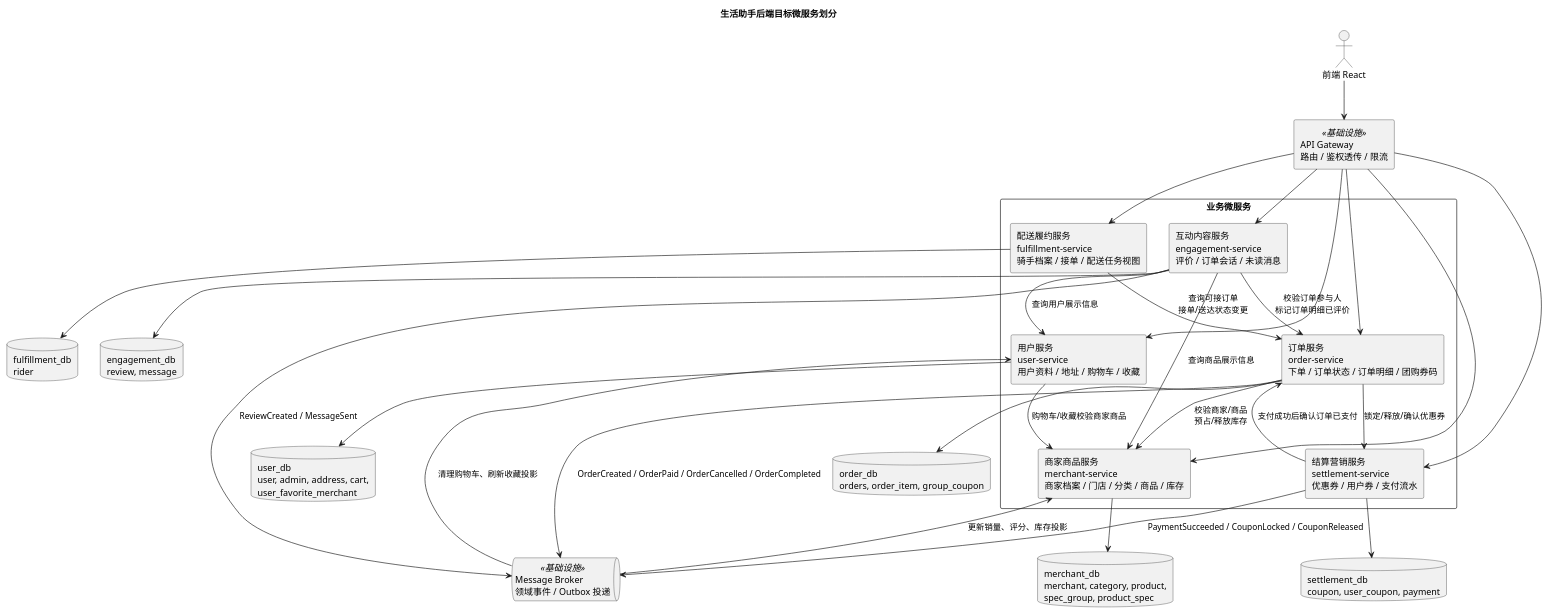
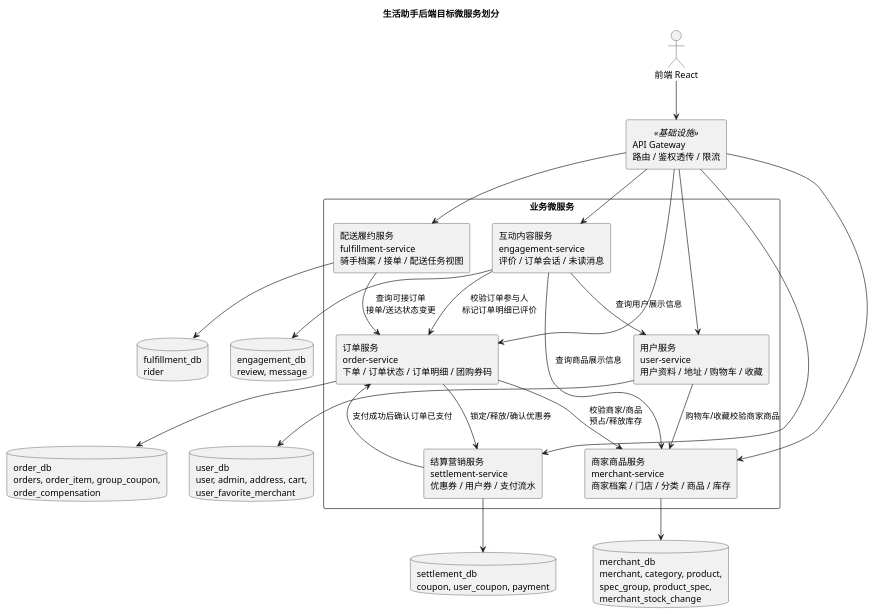
One commit to Aut-172/BUAA_Summer_Aut_172 changed the diagram in 微服务划分与数据库归属.md. Above: the diagram before and after it, drawn with PlantUML. The commit also changed other lines of this file and 6 other files, not shown here.

````diff
--- a/微服务划分与数据库归属.md
+++ b/微服务划分与数据库归属.md
@@ -34,60 +38,53 @@
 ```plantuml
 @startuml
 title 生活助手后端目标微服务划分
 
 skinparam componentStyle rectangle
 skinparam shadowing false
 skinparam packageStyle rectangle
 
 actor "前端 React" as FE
 component "API Gateway\n路由 / 鉴权透传 / 限流" as GW <<基础设施>>
-queue "Message Broker\n领域事件 / Outbox 投递" as MQ <<基础设施>>
 
 package "业务微服务" {
   component "用户服务\nuser-service\n用户资料 / 地址 / 购物车 / 收藏" as UserSvc
   component "商家商品服务\nmerchant-service\n商家档案 / 门店 / 分类 / 商品 / 库存" as MerchantSvc
   component "订单服务\norder-service\n下单 / 订单状态 / 订单明细 / 团购券码" as OrderSvc
   component "结算营销服务\nsettlement-service\n优惠券 / 用户券 / 支付流水" as SettlementSvc
   component "配送履约服务\nfulfillment-service\n骑手档案 / 接单 / 配送任务视图" as FulfillmentSvc
   component "互动内容服务\nengagement-service\n评价 / 订单会话 / 未读消息" as EngagementSvc
 }
 
 database "user_db\nuser, admin, address, cart,\nuser_favorite_merchant" as UserDb
-database "merchant_db\nmerchant, category, product,\nspec_group, product_spec" as MerchantDb
-database "order_db\norders, order_item, group_coupon" as OrderDb
+database "merchant_db\nmerchant, category, product,\nspec_group, product_spec,\nmerchant_stock_change" as MerchantDb
+database "order_db\norders, order_item, group_coupon,\norder_compensation" as OrderDb
 database "settlement_db\ncoupon, user_coupon, payment" as SettlementDb
 database "fulfillment_db\nrider" as FulfillmentDb
 database "engagement_db\nreview, message" as EngagementDb
 
 FE --> GW
 GW --> UserSvc
 GW --> MerchantSvc
 GW --> OrderSvc
 GW --> SettlementSvc
 GW --> FulfillmentSvc
 GW --> EngagementSvc
 
 UserSvc --> UserDb
 MerchantSvc --> MerchantDb
 OrderSvc --> OrderDb
 SettlementSvc --> SettlementDb
 FulfillmentSvc --> FulfillmentDb
 EngagementSvc --> EngagementDb
 
 OrderSvc --> MerchantSvc : 校验商家/商品\n预占/释放库存
 OrderSvc --> SettlementSvc : 锁定/释放/确认优惠券
 SettlementSvc --> OrderSvc : 支付成功后确认订单已支付
 FulfillmentSvc --> OrderSvc : 查询可接订单\n接单/送达状态变更
 EngagementSvc --> OrderSvc : 校验订单参与人\n标记订单明细已评价
 EngagementSvc --> UserSvc : 查询用户展示信息
 EngagementSvc --> MerchantSvc : 查询商品展示信息
 UserSvc --> MerchantSvc : 购物车/收藏校验商家商品
 
-OrderSvc --> MQ : OrderCreated / OrderPaid / OrderCancelled / OrderCompleted
-SettlementSvc --> MQ : PaymentSucceeded / CouponLocked / CouponReleased
-EngagementSvc --> MQ : ReviewCreated / MessageSent
-MerchantSvc <-- MQ : 更新销量、评分、库存投影
-UserSvc <-- MQ : 清理购物车、刷新收藏投影
-
 @enduml
 ```
````
